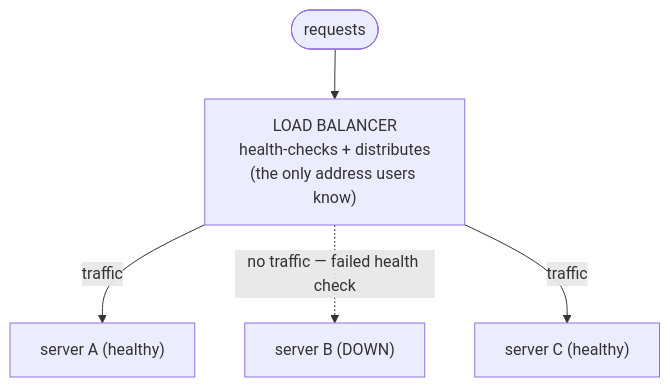
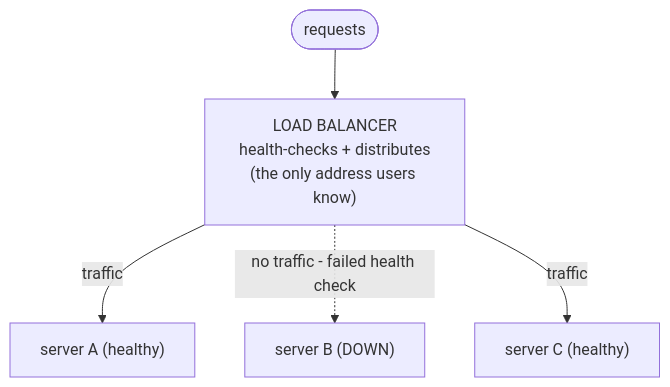
The diagram in guides/architecture/designing-for-scale/02-load-balancing.md (Topurrra/themissingmanual), drawn with Mermaid before and after one commit. The commit also changed other lines of this file and 1009 other files, not shown here.

````diff
--- a/guides/architecture/designing-for-scale/02-load-balancing.md
+++ b/guides/architecture/designing-for-scale/02-load-balancing.md
@@ -24,7 +24,7 @@
 ```mermaid
 flowchart TD
   Req([requests]) --> LB["LOAD BALANCER<br/>health-checks + distributes<br/>(the only address users know)"]
   LB -->|traffic| A["server A (healthy)"]
-  LB -. "no traffic — failed health check" .-> B["server B (DOWN)"]
+  LB -. "no traffic - failed health check" .-> B["server B (DOWN)"]
   LB -->|traffic| C["server C (healthy)"]
 ```
````
